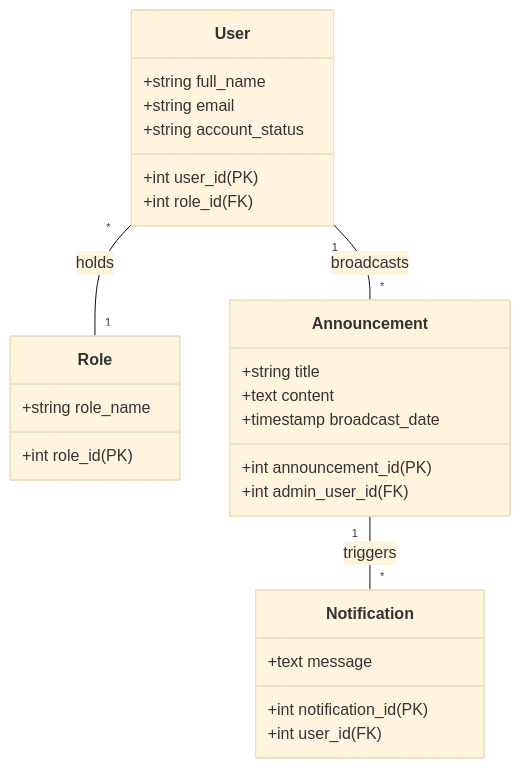
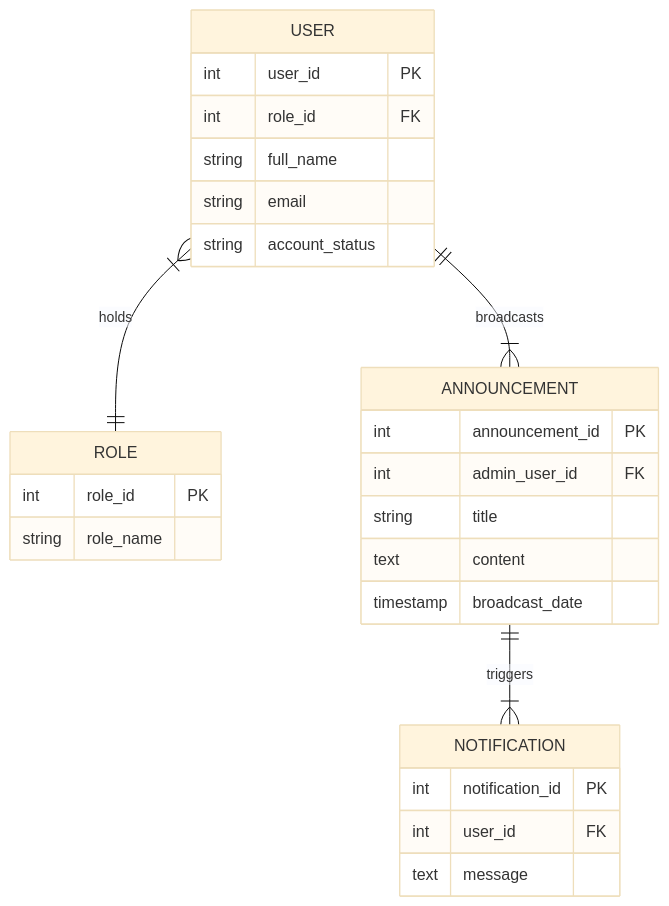
The second of 5 diagrams in wing kit sef report/Individual-Report-SooKianRong.md (wingkit123/QuestLearn), drawn with Mermaid (base theme) before and after one commit. The commit also changed 3 other files, not shown here.

Commit message:
docs: convert entity class diagrams to standard database erDiagrams across all reports

````diff
--- a/wing kit sef report/Individual-Report-SooKianRong.md
+++ b/wing kit sef report/Individual-Report-SooKianRong.md
@@ -113,30 +113,30 @@
 ```mermaid
-classDiagram
-    class User {
-        +int user_id (PK)
-        +int role_id (FK)
-        +string full_name
-        +string email
-        +string account_status
+erDiagram
+    USER }|--|| ROLE : holds
+    USER ||--|{ ANNOUNCEMENT : broadcasts
+    ANNOUNCEMENT ||--|{ NOTIFICATION : triggers
+
+    USER {
+        int user_id PK
+        int role_id FK
+        string full_name
+        string email
+        string account_status
     }
-    class Role {
-        +int role_id (PK)
-        +string role_name
+    ROLE {
+        int role_id PK
+        string role_name
     }
-    class Announcement {
-        +int announcement_id (PK)
-        +int admin_user_id (FK)
-        +string title
-        +text content
-        +timestamp broadcast_date
+    ANNOUNCEMENT {
+        int announcement_id PK
+        int admin_user_id FK
+        string title
+        text content
+        timestamp broadcast_date
     }
-    class Notification {
-        +int notification_id (PK)
-        +int user_id (FK)
-        +text message
+    NOTIFICATION {
+        int notification_id PK
+        int user_id FK
+        text message
     }
-    
-    User "*" -- "1" Role : holds
-    User "1" -- "*" Announcement : broadcasts
-    Announcement "1" -- "*" Notification : triggers
 ```
````
